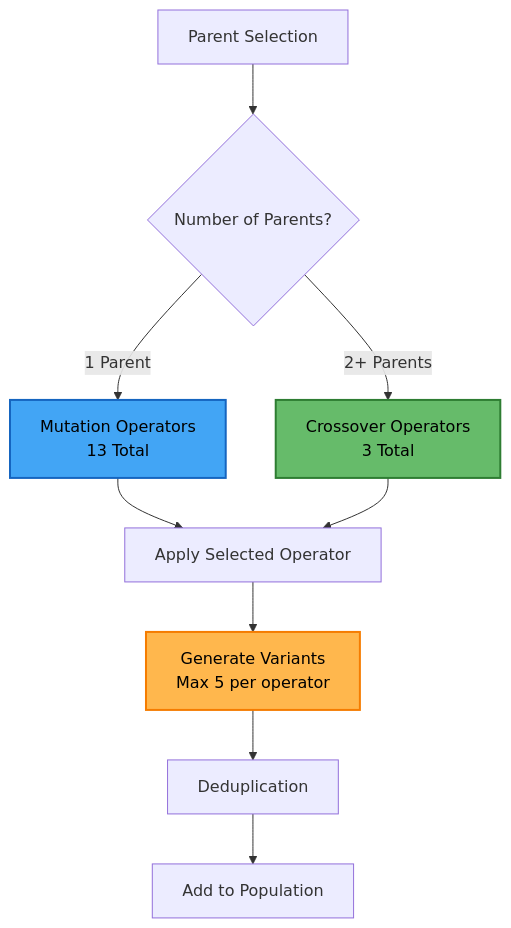
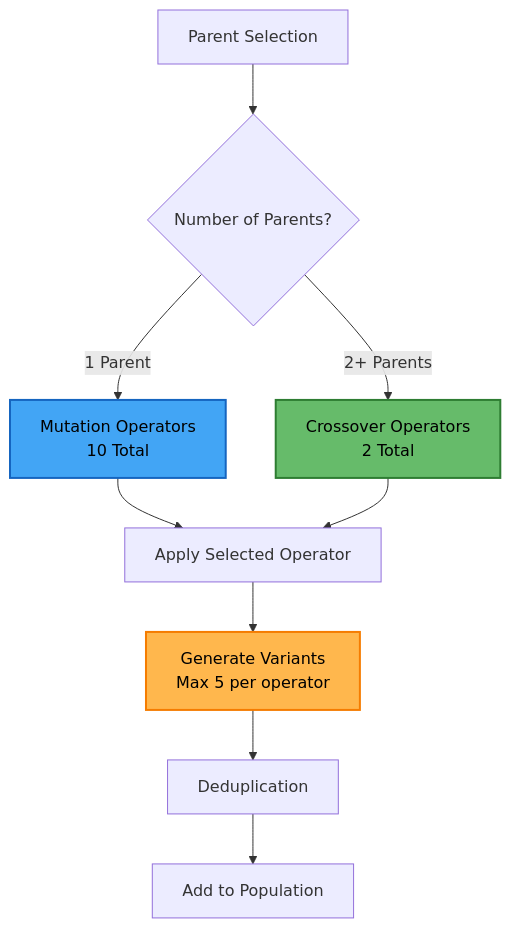
Before and after one commit to Onkar2102/ToxSearch: the fifth of 5 diagrams in README.md, drawn with Mermaid. The commit also changed other lines of this file and 26 other files, not shown here.

````diff
--- a/README.md
+++ b/README.md
@@ -276,16 +282,16 @@
 ```mermaid
 flowchart TD
   A[Parent Selection] --> B{Number of Parents?}
-  B -->|1 Parent| C[Mutation Operators<br/>13 Total]
-  B -->|2+ Parents| D[Crossover Operators<br/>3 Total]
+  B -->|1 Parent| C[Mutation Operators<br/>10 Total]
+  B -->|2+ Parents| D[Crossover Operators<br/>2 Total]
   
   C --> E[Apply Selected Operator]
   D --> E
   E --> F[Generate Variants<br/>Max 5 per operator]
   F --> G[Deduplication]
   G --> H[Add to Population]
   
   style C fill:#42a5f5,stroke:#1565c0,stroke-width:2px,color:#000
   style D fill:#66bb6a,stroke:#2e7d32,stroke-width:2px,color:#000
   style F fill:#ffb74d,stroke:#f57c00,stroke-width:2px,color:#000
 ```
````
